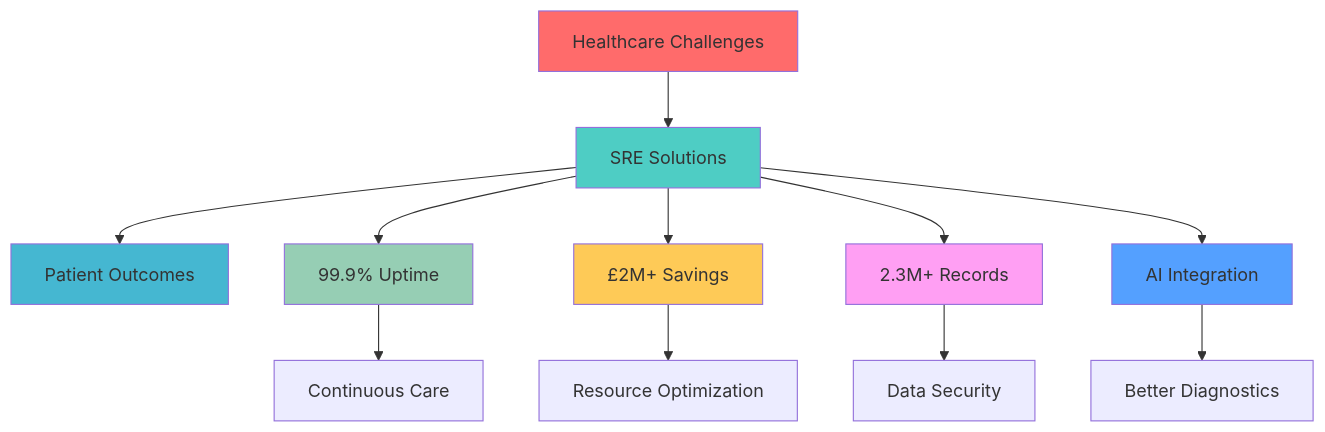
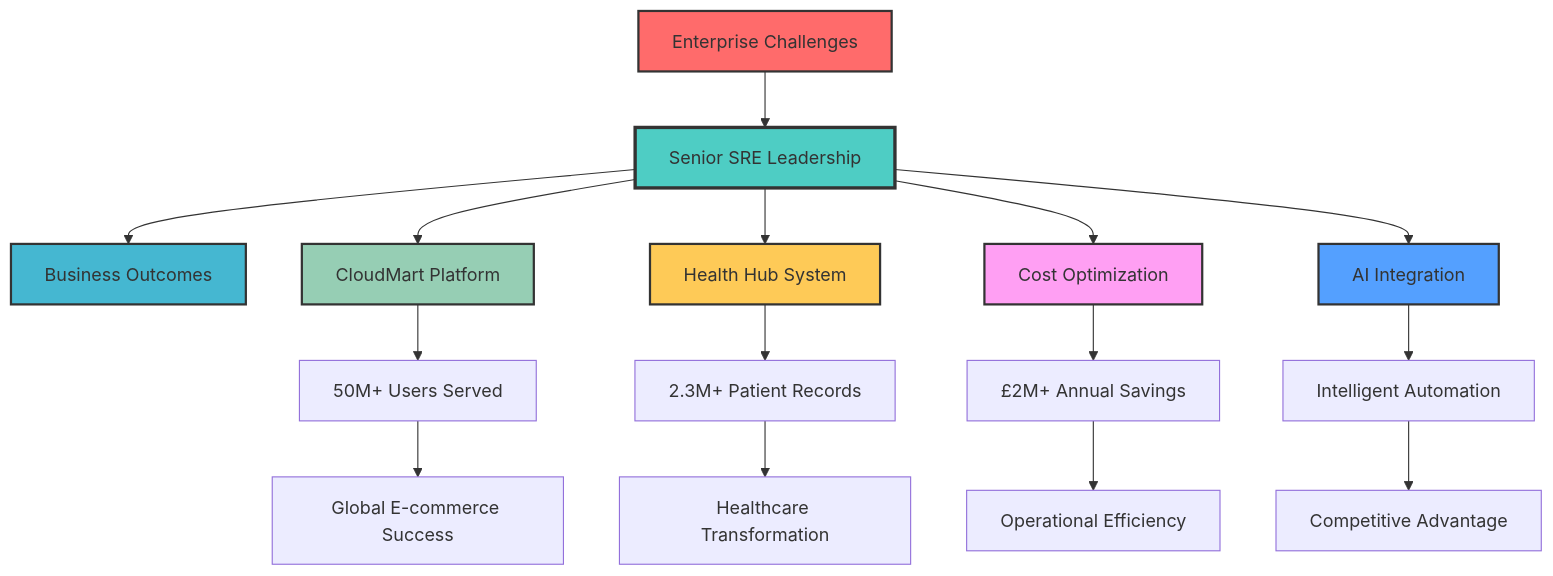
Before and after one commit to abdihakim-said/Abdihakim-said: the diagram in README.md, drawn with Mermaid. The commit also changed other lines of this file, not shown here.

````diff
--- a/README.md
+++ b/README.md
@@ -305,23 +439,28 @@
 ```mermaid
 graph TD
-    A[Healthcare Challenges] --> B[SRE Solutions]
-    B --> C[Patient Outcomes]
+    A[Enterprise Challenges] --> B[Senior SRE Leadership]
+    B --> C[Business Outcomes]
     
-    B --> D[99.9% Uptime]
-    B --> E[£2M+ Savings]
-    B --> F[2.3M+ Records]
+    B --> D[CloudMart Platform]
+    B --> E[Health Hub System]
+    B --> F[Cost Optimization]
     B --> G[AI Integration]
     
-    D --> H[Continuous Care]
-    E --> I[Resource Optimization]
-    F --> J[Data Security]
-    G --> K[Better Diagnostics]
+    D --> H[50M+ Users Served]
+    E --> I[2.3M+ Patient Records]
+    F --> J[£2M+ Annual Savings]
+    G --> K[Intelligent Automation]
     
-    style A fill:#ff6b6b
-    style B fill:#4ecdc4
-    style C fill:#45b7d1
-    style D fill:#96ceb4
-    style E fill:#feca57
-    style F fill:#ff9ff3
-    style G fill:#54a0ff
+    H --> L[Global E-commerce Success]
+    I --> M[Healthcare Transformation]
+    J --> N[Operational Efficiency]
+    K --> O[Competitive Advantage]
+    
+    style A fill:#ff6b6b,stroke:#333,stroke-width:2px
+    style B fill:#4ecdc4,stroke:#333,stroke-width:3px
+    style C fill:#45b7d1,stroke:#333,stroke-width:2px
+    style D fill:#96ceb4,stroke:#333,stroke-width:2px
+    style E fill:#feca57,stroke:#333,stroke-width:2px
+    style F fill:#ff9ff3,stroke:#333,stroke-width:2px
+    style G fill:#54a0ff,stroke:#333,stroke-width:2px
 ```
````
